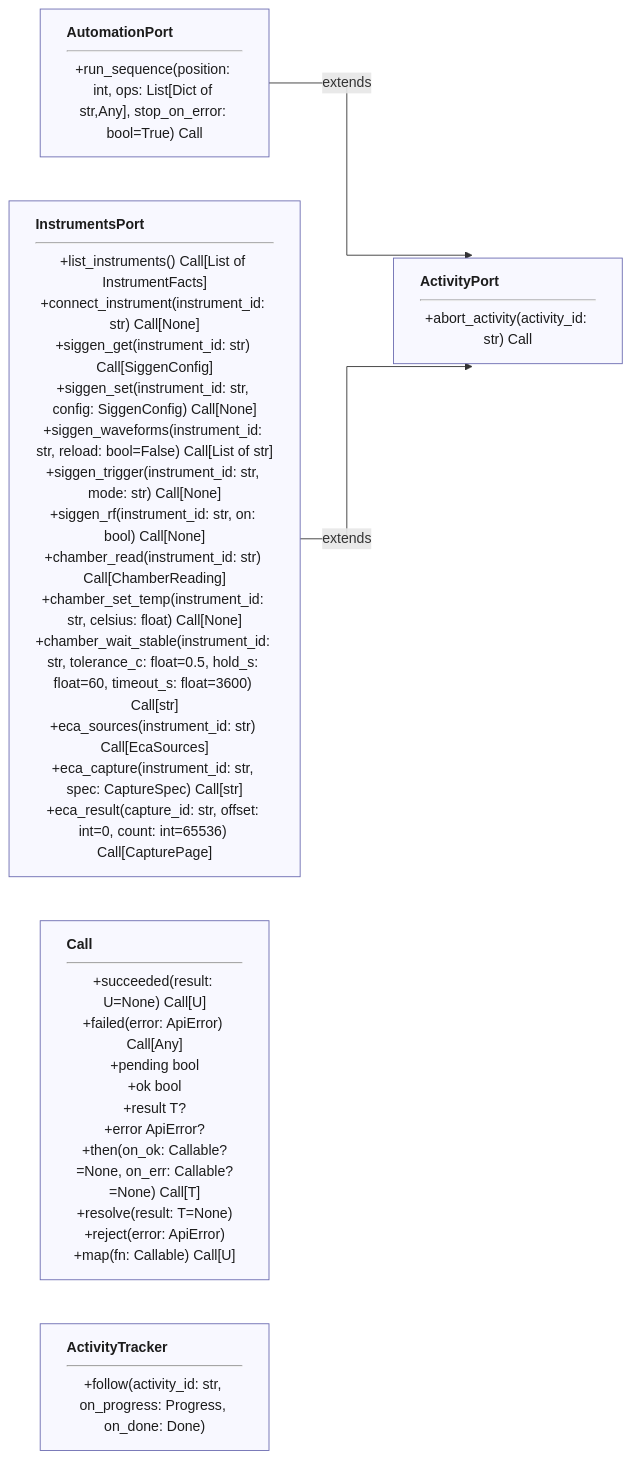
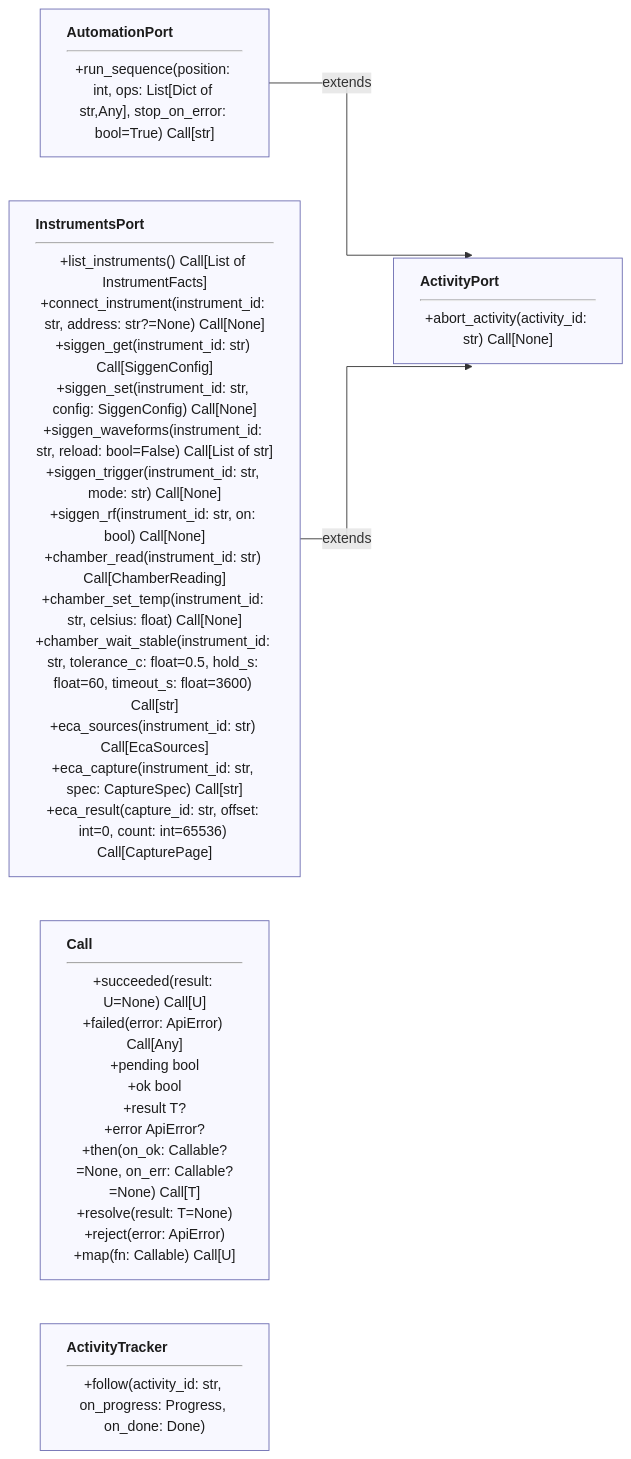
Before and after one commit to ShoyonK/sample_ui: the eighth of 30 diagrams in docs/ARCHITECTURE.md, drawn with Mermaid. The commit also changed other lines of this file and 315 other files, not shown here.

````diff
--- a/docs/ARCHITECTURE.md
+++ b/docs/ARCHITECTURE.md
@@ -223,13 +223,13 @@
 ```mermaid
 %%{init: {"flowchart": {"curve": "stepBefore"}}}%%
 flowchart LR
     classDef box text-align:left,fill:#f8f8ff,stroke:#6a6ab0,color:#1c1c1c
     classDef stub fill:#ffffff,stroke:#6a6ab0,stroke-dasharray:4 3,color:#1c1c1c
-    ActivityPort["<b>ActivityPort</b><hr/>+abort_activity(activity_id: str) Call"]:::box
-    AutomationPort["<b>AutomationPort</b><hr/>+run_sequence(position: int, ops: List[Dict of str,Any], stop_on_error: bool=True) Call"]:::box
-    InstrumentsPort["<b>InstrumentsPort</b><hr/>+list_instruments() Call[List of InstrumentFacts]<br/>+connect_instrument(instrument_id: str) Call[None]<br/>+siggen_get(instrument_id: str) Call[SiggenConfig]<br/>+siggen_set(instrument_id: str, config: SiggenConfig) Call[None]<br/>+siggen_waveforms(instrument_id: str, reload: bool=False) Call[List of str]<br/>+siggen_trigger(instrument_id: str, mode: str) Call[None]<br/>+siggen_rf(instrument_id: str, on: bool) Call[None]<br/>+chamber_read(instrument_id: str) Call[ChamberReading]<br/>+chamber_set_temp(instrument_id: str, celsius: float) Call[None]<br/>+chamber_wait_stable(instrument_id: str, tolerance_c: float=0.5, hold_s: float=60, timeout_s: float=3600) Call[str]<br/>+eca_sources(instrument_id: str) Call[EcaSources]<br/>+eca_capture(instrument_id: str, spec: CaptureSpec) Call[str]<br/>+eca_result(capture_id: str, offset: int=0, count: int=65536) Call[CapturePage]"]:::box
+    ActivityPort["<b>ActivityPort</b><hr/>+abort_activity(activity_id: str) Call[None]"]:::box
+    AutomationPort["<b>AutomationPort</b><hr/>+run_sequence(position: int, ops: List[Dict of str,Any], stop_on_error: bool=True) Call[str]"]:::box
+    InstrumentsPort["<b>InstrumentsPort</b><hr/>+list_instruments() Call[List of InstrumentFacts]<br/>+connect_instrument(instrument_id: str, address: str?=None) Call[None]<br/>+siggen_get(instrument_id: str) Call[SiggenConfig]<br/>+siggen_set(instrument_id: str, config: SiggenConfig) Call[None]<br/>+siggen_waveforms(instrument_id: str, reload: bool=False) Call[List of str]<br/>+siggen_trigger(instrument_id: str, mode: str) Call[None]<br/>+siggen_rf(instrument_id: str, on: bool) Call[None]<br/>+chamber_read(instrument_id: str) Call[ChamberReading]<br/>+chamber_set_temp(instrument_id: str, celsius: float) Call[None]<br/>+chamber_wait_stable(instrument_id: str, tolerance_c: float=0.5, hold_s: float=60, timeout_s: float=3600) Call[str]<br/>+eca_sources(instrument_id: str) Call[EcaSources]<br/>+eca_capture(instrument_id: str, spec: CaptureSpec) Call[str]<br/>+eca_result(capture_id: str, offset: int=0, count: int=65536) Call[CapturePage]"]:::box
     Call["<b>Call</b><hr/>+succeeded(result: U=None) Call[U]<br/>+failed(error: ApiError) Call[Any]<br/>+pending bool<br/>+ok bool<br/>+result T?<br/>+error ApiError?<br/>+then(on_ok: Callable?=None, on_err: Callable?=None) Call[T]<br/>+resolve(result: T=None)<br/>+reject(error: ApiError)<br/>+map(fn: Callable) Call[U]"]:::box
     ActivityTracker["<b>ActivityTracker</b><hr/>+follow(activity_id: str, on_progress: Progress, on_done: Done)"]:::box
     AutomationPort -->|"extends"| ActivityPort
     InstrumentsPort -->|"extends"| ActivityPort
 ```
````
